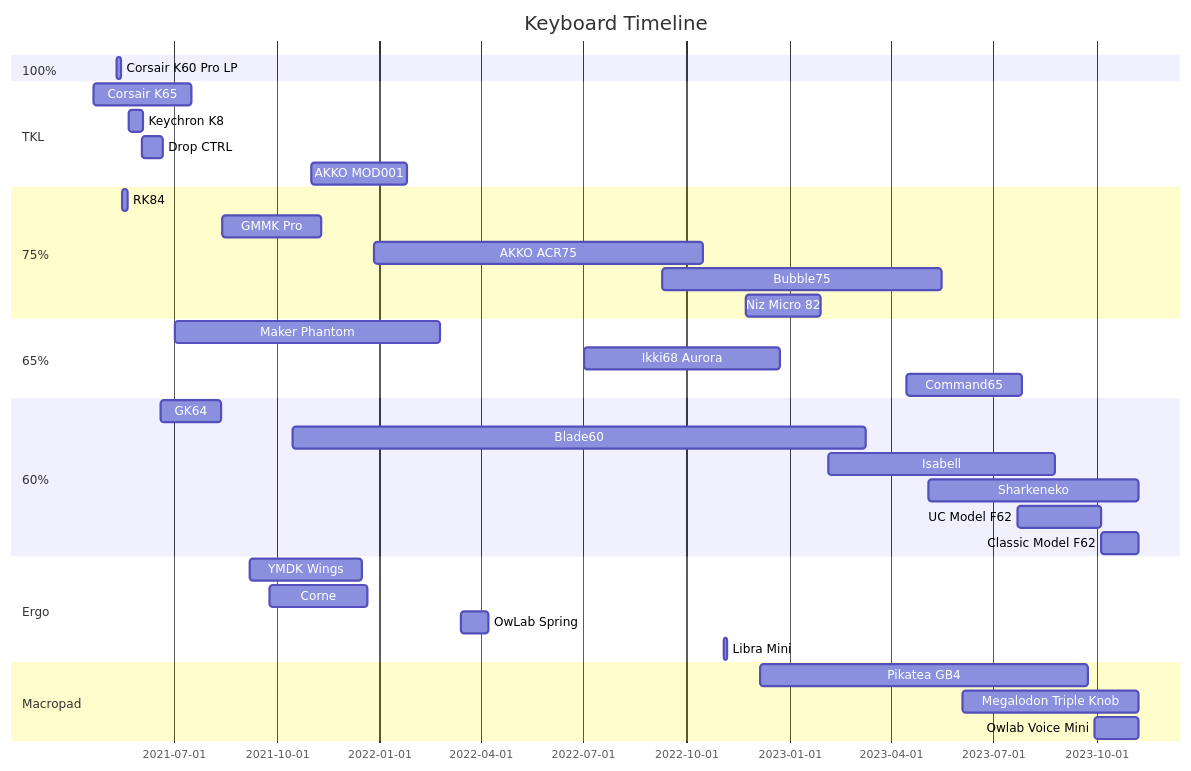
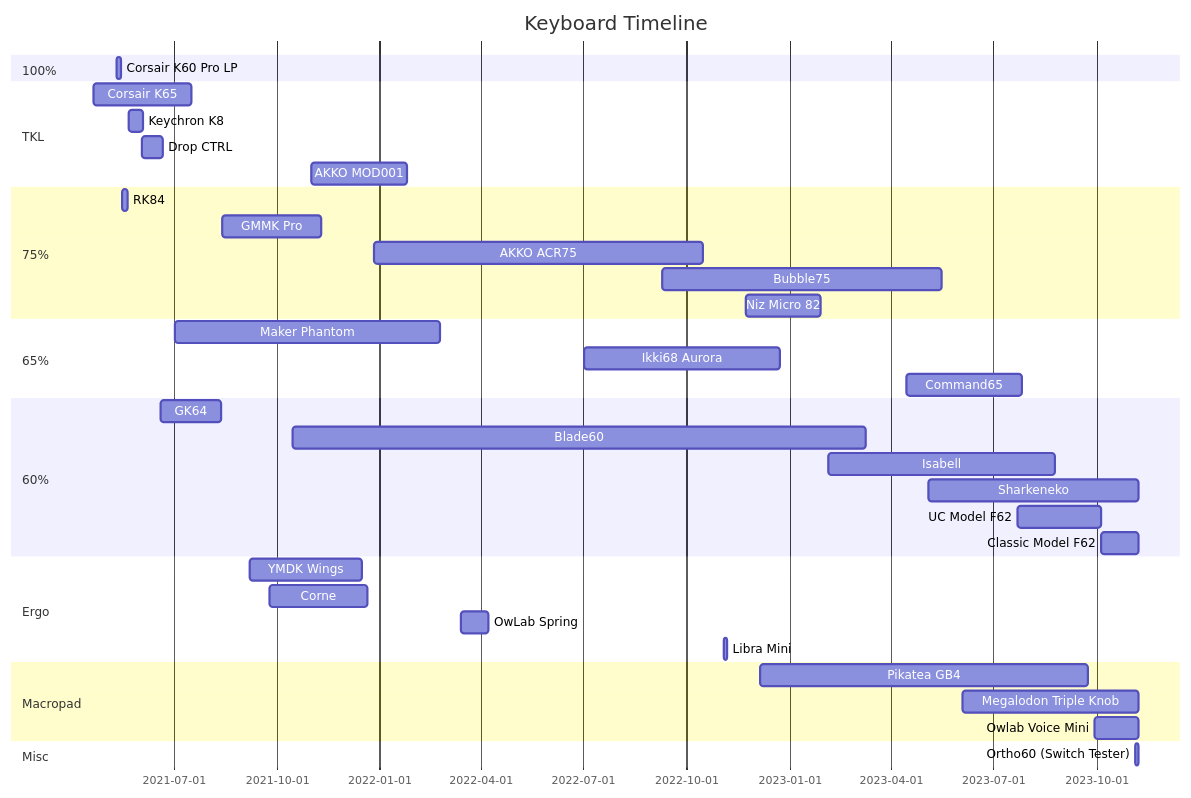
The diagram in content/keyboard-index.md (d-floe/quartzv4), drawn with Mermaid before and after one commit. The commit also changed other lines of this file and 4 other files, not shown here.

````diff
--- a/content/keyboard-index.md
+++ b/content/keyboard-index.md
@@ -6,47 +6,50 @@
 ```mermaid
 gantt
         title Keyboard Timeline
         dateFormat  MMMM Do YYYY
         todayMarker off
 
         section 100%
         Corsair K60 Pro LP:a2, May 12th 2021,May 15th 2021
 
         section TKL
         Corsair K65:a1, April 21st 2021,July 17th 2021
         Keychron K8:a4, May 22nd 2021,June 4th 2021
         Drop CTRL:a5, June 3rd 2021,June 22nd 2021
         AKKO MOD001:a12, November 1st 2021,January 25th 2022
 
         section 75%
         RK84:a3, May 16th 2021,May 21st 2021
         GMMK Pro:a8, August 14th 2021,November 10th 2021
 
         AKKO ACR75:a13, December 27th 2021,October 15th 2022
         Bubble75:a16, September 9th 2022,May 16th 2023
         Niz Micro 82:a18, November 23rd 2022,January 28th 2023
 
         section 65%
         Maker Phantom:a7, July 2nd 2021,February 23rd 2022
         Ikki68 Aurora:a15, July 2nd 2022,December 23rd 2022
         Command65:a20, April 14 2023,July 26th 2023
 
         section 60%
         GK64:a6, June 20th 2021,August 13th 2021
         Blade60:a11, October 15th 2021,March 9th 2023
         Isabell:a19, February 4th 2023,August 25th 2023
         Sharkeneko:a21, May 4th 2023,November 7th 2023
         UC Model F62:a22, July 22nd 2023,October 5th 2023
         Classic Model F62:a22, October 5th 2023,November 7th 2023
 
 		section Ergo
         YMDK Wings:a9, September 7th 2021,December 16th 2021
 		Corne:a10, September 25th 2021,December 21st 2021
 		OwLab Spring:a14, March 14th 2022,April 7th 2022
 		Libra Mini:a17, November 3rd 2022,November 6th 2022
 
 		section Macropad
 		Pikatea GB4:apk, December 5th 2022,September 23rd 2023
 		Megalodon Triple Knob:atk, June 3rd 2023,November 7th 2023
 		Owlab Voice Mini:avm, September 29th 2023,November 7th 2023
+
+		section Misc
+		Ortho60 (Switch Tester):ost, November 4th 2023,November 7th 2023
 ```
````
